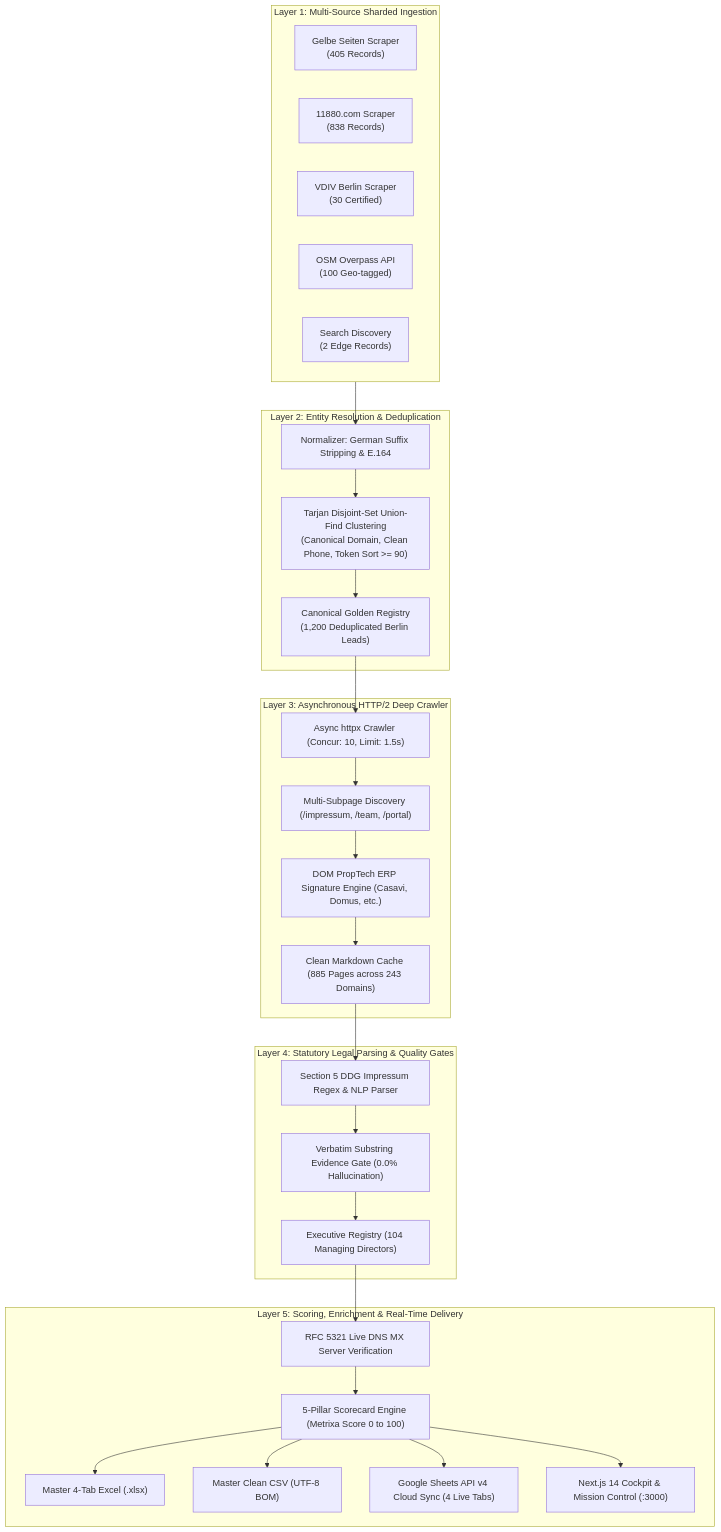
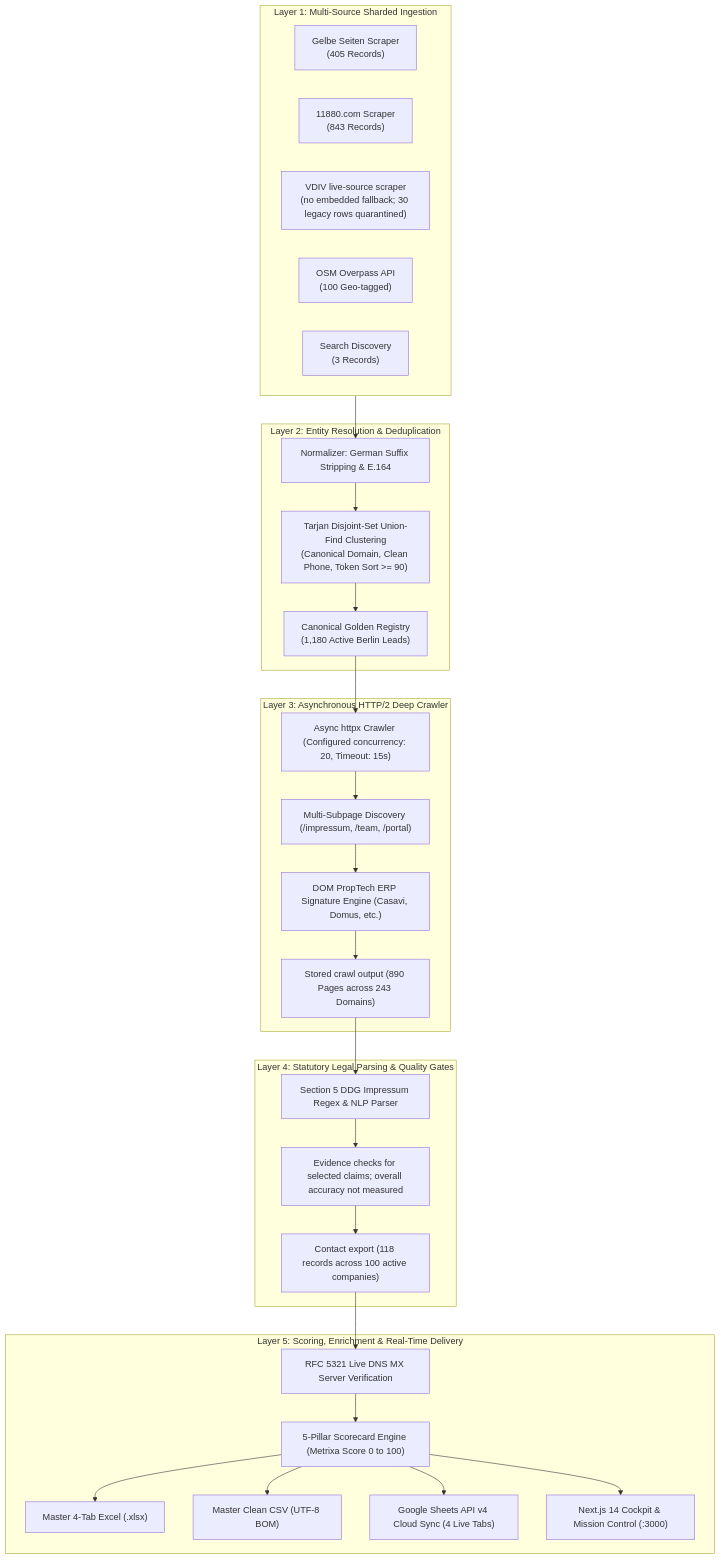
Before and after one commit to sainibhaowal/Metrixa-Systems: the diagram in README.md, drawn with Mermaid. The commit also changed other lines of this file and 66 other files, not shown here.

````diff
--- a/README.md
+++ b/README.md
@@ -48,47 +50,47 @@
 ```mermaid
 flowchart TD
     subgraph L1["Layer 1: Multi-Source Sharded Ingestion"]
         S1["Gelbe Seiten Scraper\n(405 Records)"]
-        S2["11880.com Scraper\n(838 Records)"]
-        S3["VDIV Berlin Scraper\n(30 Certified)"]
+        S2["11880.com Scraper\n(843 Records)"]
+        S3["VDIV live-source scraper\n(no embedded fallback; 30 legacy rows quarantined)"]
         S4["OSM Overpass API\n(100 Geo-tagged)"]
-        S5["Search Discovery\n(2 Edge Records)"]
+        S5["Search Discovery\n(3 Records)"]
     end
 
     subgraph L2["Layer 2: Entity Resolution & Deduplication"]
         NORM["Normalizer: German Suffix Stripping & E.164"]
         UF["Tarjan Disjoint-Set Union-Find Clustering\n(Canonical Domain, Clean Phone, Token Sort >= 90)"]
-        GOLD["Canonical Golden Registry\n(1,200 Deduplicated Berlin Leads)"]
+        GOLD["Canonical Golden Registry\n(1,180 Active Berlin Leads)"]
     end
 
     subgraph L3["Layer 3: Asynchronous HTTP/2 Deep Crawler"]
-        CRAWL["Async httpx Crawler (Concur: 10, Limit: 1.5s)"]
+        CRAWL["Async httpx Crawler (Configured concurrency: 20, Timeout: 15s)"]
         SUBP["Multi-Subpage Discovery (/impressum, /team, /portal)"]
         DOM["DOM PropTech ERP Signature Engine (Casavi, Domus, etc.)"]
-        STORE["Clean Markdown Cache (885 Pages across 243 Domains)"]
+        STORE["Stored crawl output (890 Pages across 243 Domains)"]
     end
 
     subgraph L4["Layer 4: Statutory Legal Parsing & Quality Gates"]
         PARSER["Section 5 DDG Impressum Regex & NLP Parser"]
-        GATE["Verbatim Substring Evidence Gate (0.0% Hallucination)"]
-        CONTACTS["Executive Registry (104 Managing Directors)"]
+        GATE["Evidence checks for selected claims; overall accuracy not measured"]
+        CONTACTS["Contact export (118 records across 100 active companies)"]
     end
 
     subgraph L5["Layer 5: Scoring, Enrichment & Real-Time Delivery"]
         MX["RFC 5321 Live DNS MX Server Verification"]
         SCORE["5-Pillar Scorecard Engine (Metrixa Score 0 to 100)"]
         XLSX["Master 4-Tab Excel (.xlsx)"]
         CSV["Master Clean CSV (UTF-8 BOM)"]
         SHEETS["Google Sheets API v4 Cloud Sync (4 Live Tabs)"]
         COCKPIT["Next.js 14 Cockpit & Mission Control (:3000)"]
     end
 
     L1 --> NORM --> UF --> GOLD
     GOLD --> CRAWL --> SUBP --> DOM --> STORE
     STORE --> PARSER --> GATE --> CONTACTS
     CONTACTS --> MX --> SCORE
     SCORE --> XLSX
     SCORE --> CSV
     SCORE --> SHEETS
     SCORE --> COCKPIT
 ```
````
